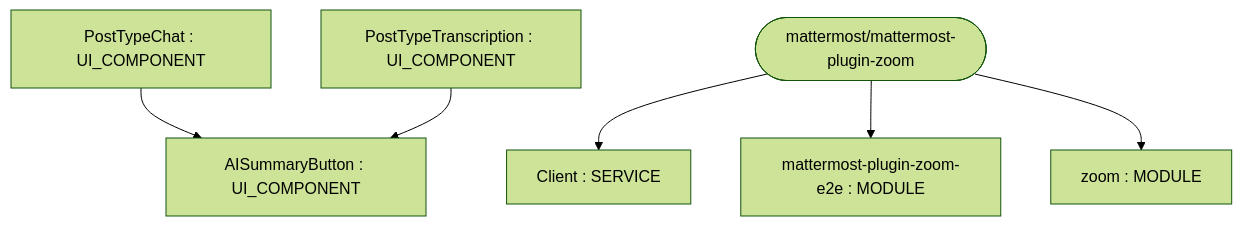
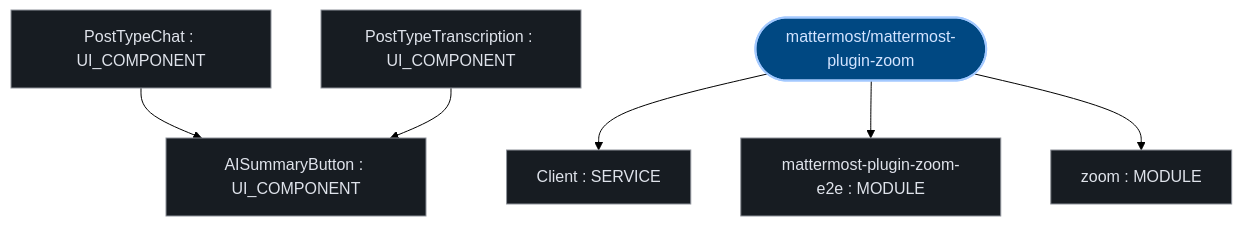
One commit to kumarshaz/atruss-code-atlas changed the first of 3 diagrams in exports/latest/reports/mattermost-mattermost-plugin-zoom-report.md. Above: the diagram before and after it, drawn with Mermaid (forest theme). The commit also changed other lines of this file and 331 other files, not shown here.

Commit message:
docs,ui,fix: update SDLC docs, reorder CI/CD DAG first, stylize Mermaid, and fix Arc42 pipeline topology

````diff
--- a/exports/latest/reports/mattermost-mattermost-plugin-zoom-report.md
+++ b/exports/latest/reports/mattermost-mattermost-plugin-zoom-report.md
@@ -42,15 +42,22 @@
 ```mermaid
 graph TD;
-    mattermost_plugin_zoom_e2e["mattermost-plugin-zoom-e2e : MODULE"]
-    zoom["zoom : MODULE"]
-    Client["Client : SERVICE"]
-    AISummaryButton["AISummaryButton : UI_COMPONENT"]
-    PostTypeChat["PostTypeChat : UI_COMPONENT"]
-    PostTypeTranscription["PostTypeTranscription : UI_COMPONENT"]
-    repo_root(["mattermost/mattermost-plugin-zoom"])
+  classDef atlasRoot fill:#004882,stroke:#a3c9ff,stroke-width:2px,color:#d3e4ff
+  classDef atlasCategory fill:#212428,stroke:#E87A48,stroke-width:1.5px,color:#dfe3eb
+  classDef atlasWorkflow fill:#1b2026,stroke:#a3c9ff,stroke-width:1.5px,color:#dfe3eb
+  classDef atlasJob fill:#171c22,stroke:#8d9199,stroke-width:1px,color:#dfe3eb
+  classDef atlasTarget fill:#005227,stroke:#8bd99b,stroke-width:1.5px,color:#a7f6b6
+  classDef atlasAlert fill:#93000a,stroke:#ffb4ab,stroke-width:1.5px,color:#ffdad6
+  classDef atlasMore fill:#252a31,stroke:#8d9199,stroke-dasharray:4 4,color:#c3c6cf
+    mattermost_plugin_zoom_e2e["mattermost-plugin-zoom-e2e : MODULE"]:::atlasJob
+    zoom["zoom : MODULE"]:::atlasJob
+    Client["Client : SERVICE"]:::atlasJob
+    AISummaryButton["AISummaryButton : UI_COMPONENT"]:::atlasJob
+    PostTypeChat["PostTypeChat : UI_COMPONENT"]:::atlasJob
+    PostTypeTranscription["PostTypeTranscription : UI_COMPONENT"]:::atlasJob
+    repo_root(["mattermost/mattermost-plugin-zoom"]):::atlasRoot
     repo_root --> Client
     repo_root --> mattermost_plugin_zoom_e2e
     repo_root --> zoom
     PostTypeChat --> AISummaryButton
     PostTypeTranscription --> AISummaryButton
 ```
````
